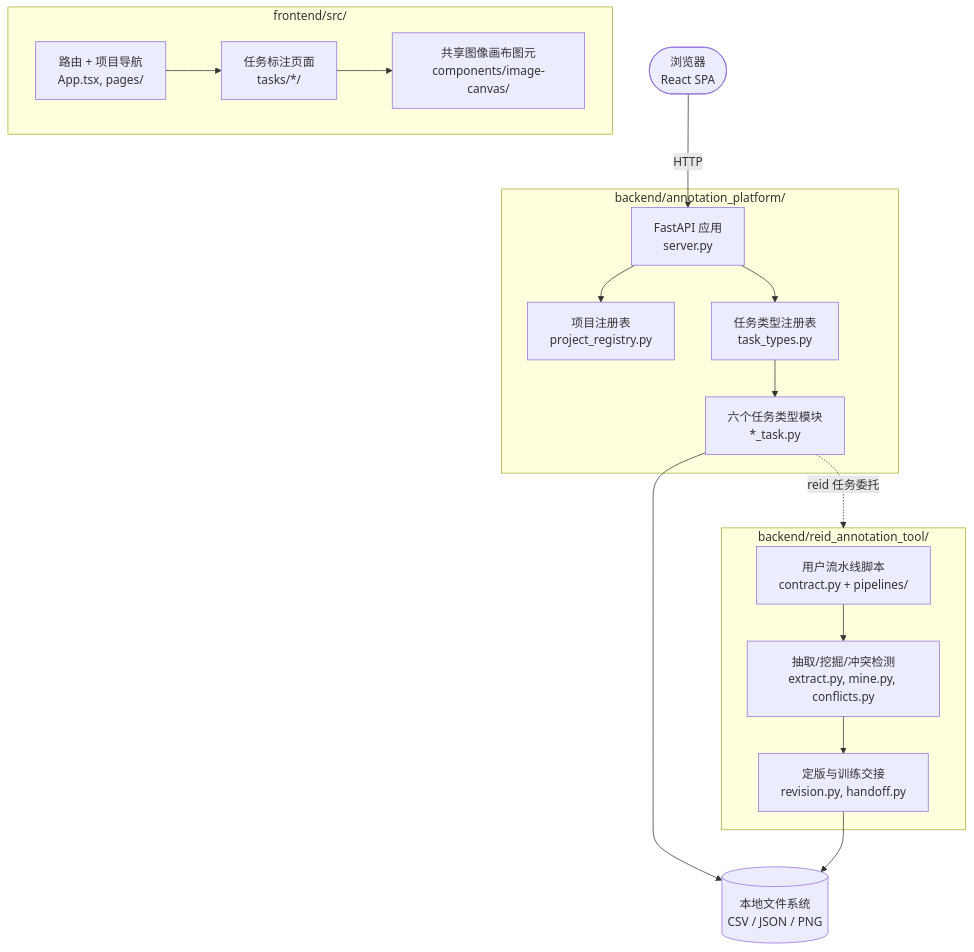
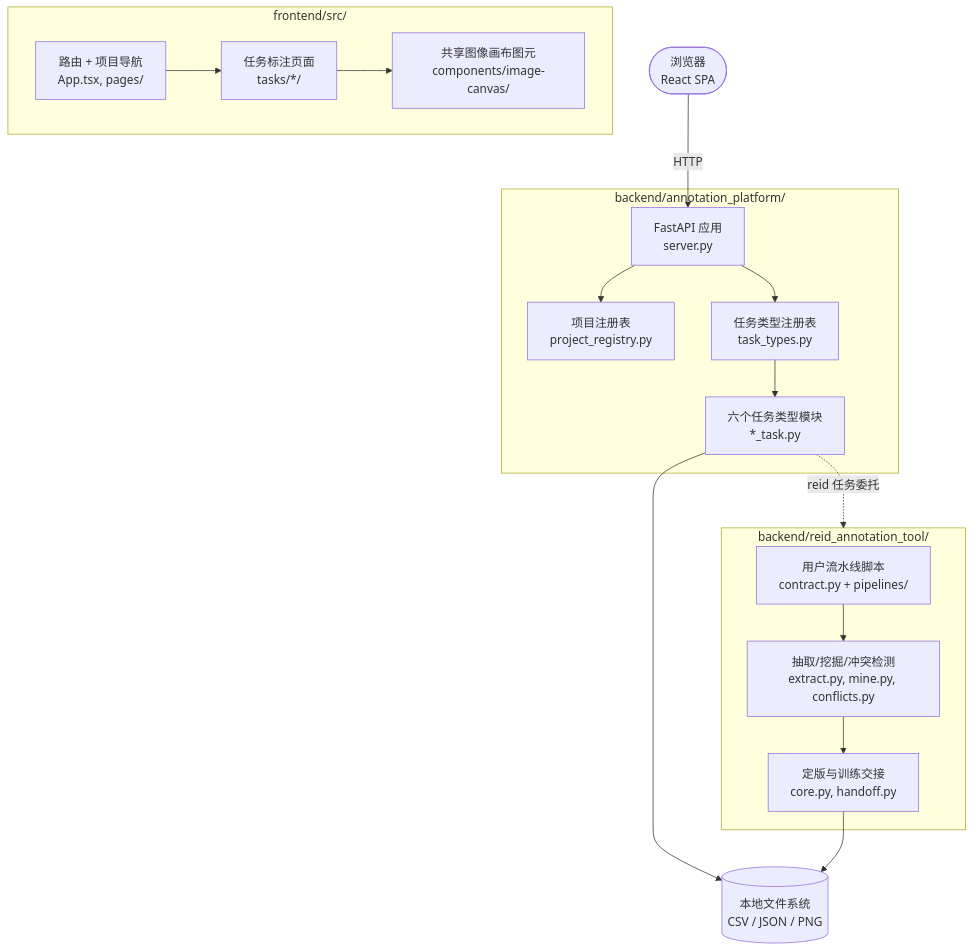
Before and after one commit to seagochen/annotation-toolkits: the diagram in docs/detailed_design/00_概述.md, drawn with Mermaid. The commit also changed 19 other files, not shown here.

````diff
--- a/docs/detailed_design/00_概述.md
+++ b/docs/detailed_design/00_概述.md
@@ -92,31 +92,31 @@
 ```mermaid
 flowchart TD
     Browser(["浏览器<br/>React SPA"])
     subgraph Frontend["frontend/src/"]
         Router["路由 + 项目导航<br/>App.tsx, pages/"]
         Canvas["共享图像画布图元<br/>components/image-canvas/"]
         Tasks["任务标注页面<br/>tasks/*/"]
         Router --> Tasks
         Tasks --> Canvas
     end
     subgraph Backend["backend/annotation_platform/"]
         API["FastAPI 应用<br/>server.py"]
         Registry["项目注册表<br/>project_registry.py"]
         Types["任务类型注册表<br/>task_types.py"]
         Modules["六个任务类型模块<br/>*_task.py"]
         API --> Registry
         API --> Types
         Types --> Modules
     end
     subgraph ReIDPkg["backend/reid_annotation_tool/"]
         Pipeline["用户流水线脚本<br/>contract.py + pipelines/"]
         Mine["抽取/挖掘/冲突检测<br/>extract.py, mine.py, conflicts.py"]
-        Handoff["定版与训练交接<br/>revision.py, handoff.py"]
+        Handoff["定版与训练交接<br/>core.py, handoff.py"]
     end
     Files[("本地文件系统<br/>CSV / JSON / PNG")]
 
     Browser -- "HTTP" --> API
     Modules --> Files
     Modules -. "reid 任务委托" .-> ReIDPkg
     Pipeline --> Mine --> Handoff --> Files
 ```
````
